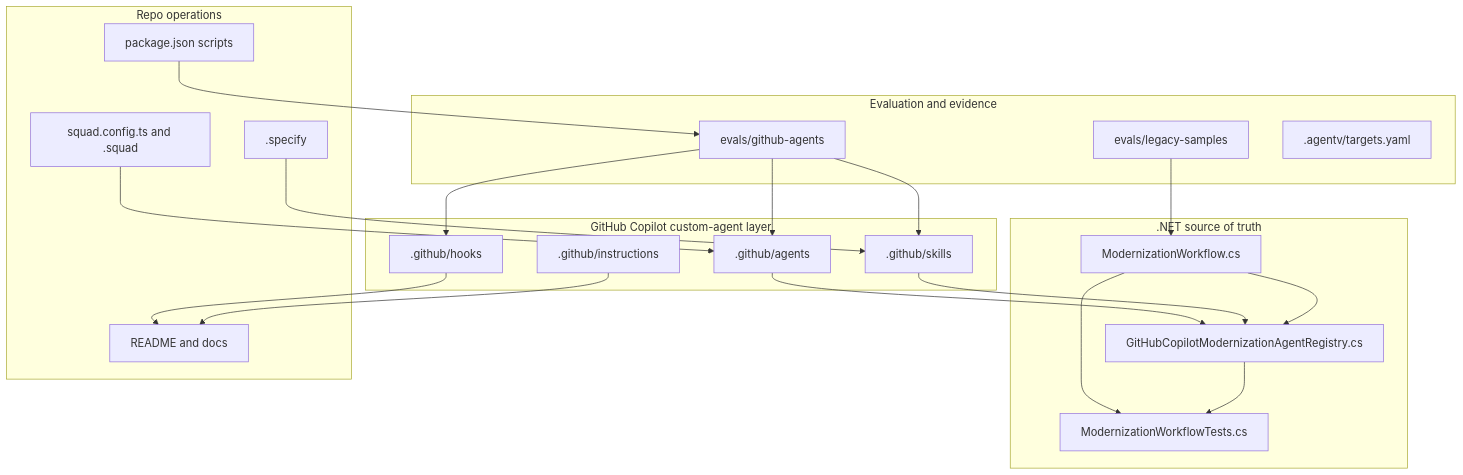
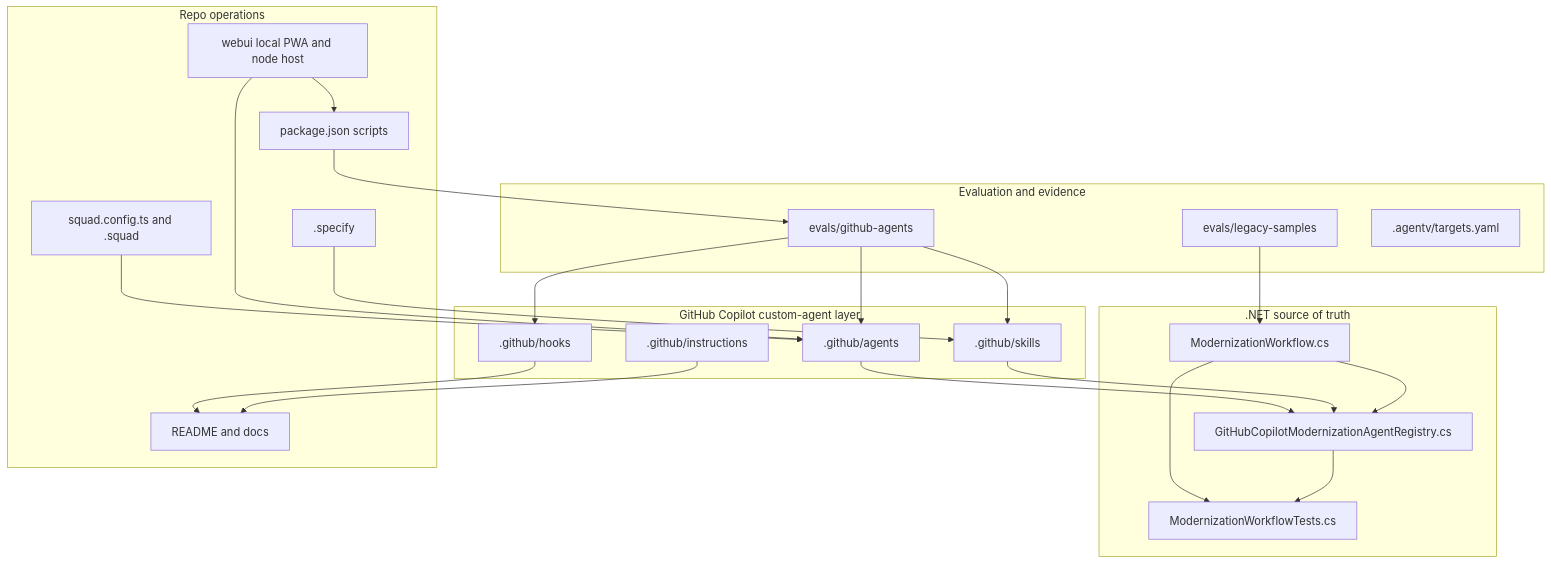
Before and after one commit to Tyler-R-Kendrick/project-khepri: the first of 4 diagrams in docs/architecture/README.md, drawn with Mermaid. The commit also changed other lines of this file and 16 other files, not shown here.

````diff
--- a/docs/architecture/README.md
+++ b/docs/architecture/README.md
@@ -9,43 +9,46 @@
 ```mermaid
 flowchart TB
     subgraph gh["GitHub Copilot custom-agent layer"]
       agents[".github/agents"]
       skills[".github/skills"]
       hooks[".github/hooks"]
       instructions[".github/instructions"]
     end
 
     subgraph dotnet[".NET source of truth"]
       workflow["ModernizationWorkflow.cs"]
       registry["GitHubCopilotModernizationAgentRegistry.cs"]
       tests["ModernizationWorkflowTests.cs"]
     end
 
     subgraph evals["Evaluation and evidence"]
       agentv["evals/github-agents"]
       samples["evals/legacy-samples"]
       target[".agentv/targets.yaml"]
     end
 
     subgraph ops["Repo operations"]
       package["package.json scripts"]
       squad["squad.config.ts and .squad"]
       specify[".specify"]
+      webui["webui local PWA and node host"]
       docs["README and docs"]
     end
 
     agents --> registry
     skills --> registry
     hooks --> docs
     instructions --> docs
     workflow --> registry
     workflow --> tests
     registry --> tests
     agentv --> agents
     agentv --> skills
     agentv --> hooks
     samples --> workflow
     package --> agentv
     squad --> agents
     specify --> skills
+    webui --> agents
+    webui --> package
 ```
````
